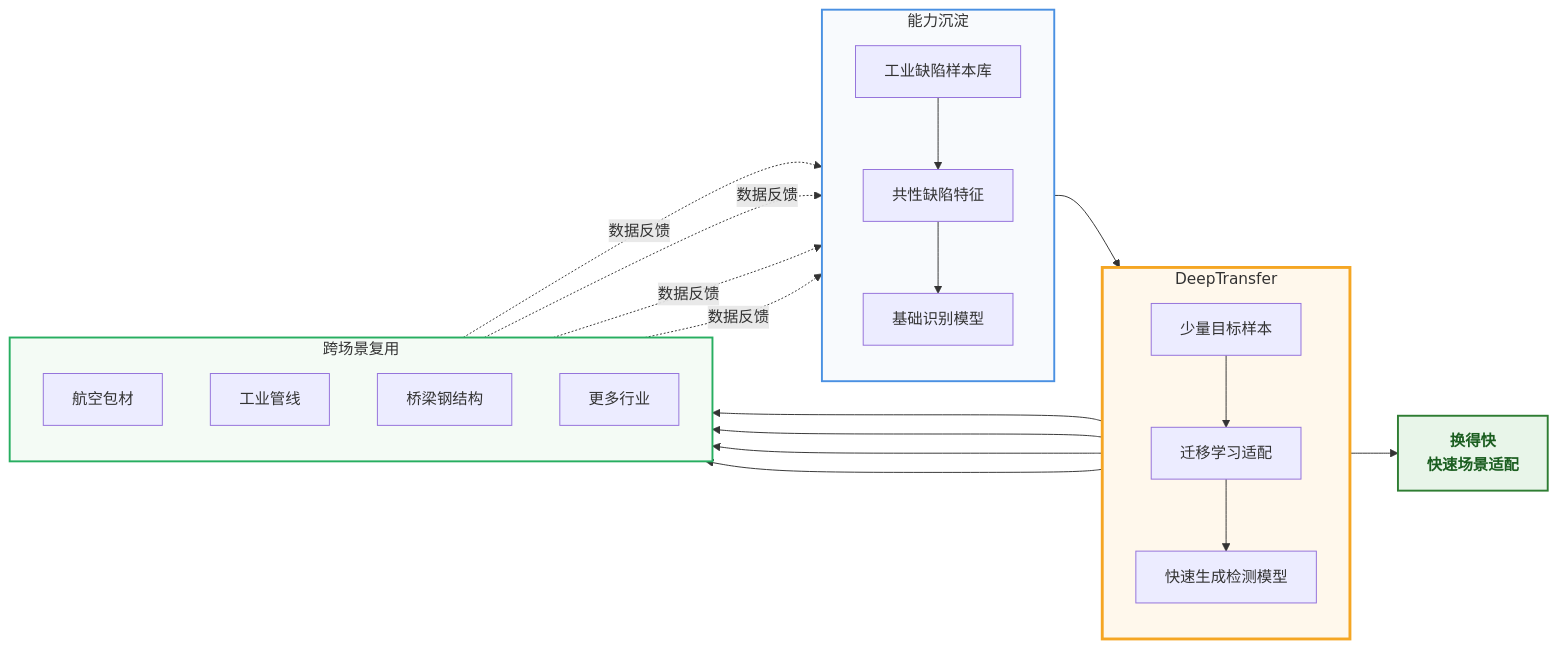
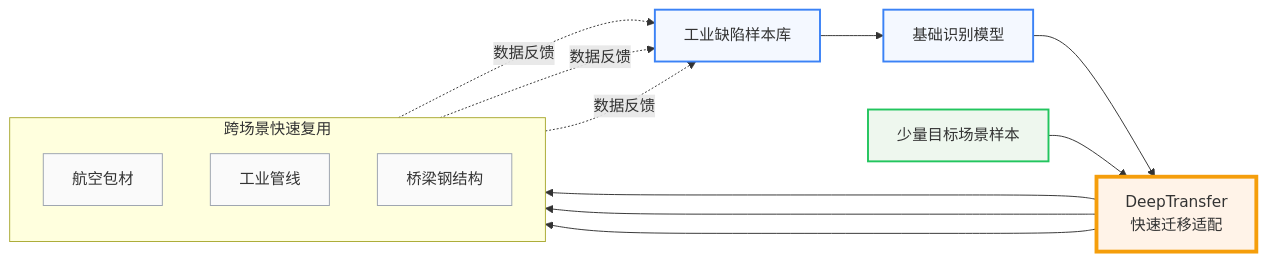
Before and after one commit to LGS91/iodraw-files: the diagram in all/未命名.md, drawn with Mermaid.

Commit message:
2026-07-07 10:33:46 update

````diff
--- a/all/未命名.md
+++ b/all/未命名.md
@@ -1,48 +1,38 @@
 ```mermaid
 flowchart LR
 
-subgraph L["能力沉淀"]
+A["工业缺陷样本库"]
+B["基础识别模型"]
+C["DeepTransfer<br/>快速迁移适配"]
+D["少量目标场景样本"]
+
+subgraph E["跨场景快速复用"]
 direction TB
-A["工业缺陷样本库"]
-B["共性缺陷特征"]
-C["基础识别模型"]
-A --> B --> C
+E1["航空包材"]
+E2["工业管线"]
+E3["桥梁钢结构"]
 end
 
-subgraph M["DeepTransfer"]
-direction TB
-D["少量目标样本"]
-E["迁移学习适配"]
-F["快速生成检测模型"]
-C --> E
-D --> E
-E --> F
-end
+A --> B
+B --> C
+D --> C
 
-subgraph R["跨场景复用"]
-direction TB
-G["航空包材"]
-H["工业管线"]
-I["桥梁钢结构"]
-J["更多行业"]
-end
+C --> E1
+C --> E2
+C --> E3
 
-F --> G
-F --> H
-F --> I
-F --> J
+E1 -. 数据反馈 .-> A
+E2 -. 数据反馈 .-> A
+E3 -. 数据反馈 .-> A
 
-G -.数据反馈.-> A
-H -.数据反馈.-> A
-I -.数据反馈.-> A
-J -.数据反馈.-> A
+style A fill:#F4F8FF,stroke:#3B82F6,stroke-width:2px
+style B fill:#F4F8FF,stroke:#3B82F6,stroke-width:2px
 
-K["换得快\n快速场景适配"]:::value
-F --> K
+style C fill:#FFF3E8,stroke:#F59E0B,stroke-width:4px
 
-classDef value fill:#E8F5E9,stroke:#2E7D32,stroke-width:2px,color:#1B5E20,font-weight:bold;
+style D fill:#EEF7EE,stroke:#22C55E,stroke-width:2px
 
-style L fill:#F8FAFD,stroke:#4A90E2,stroke-width:2px
-style M fill:#FFF8EC,stroke:#F5A623,stroke-width:3px
-style R fill:#F4FBF5,stroke:#27AE60,stroke-width:2px
+style E1 fill:#FAFAFA,stroke:#9CA3AF
+style E2 fill:#FAFAFA,stroke:#9CA3AF
+style E3 fill:#FAFAFA,stroke:#9CA3AF
 ```
````
